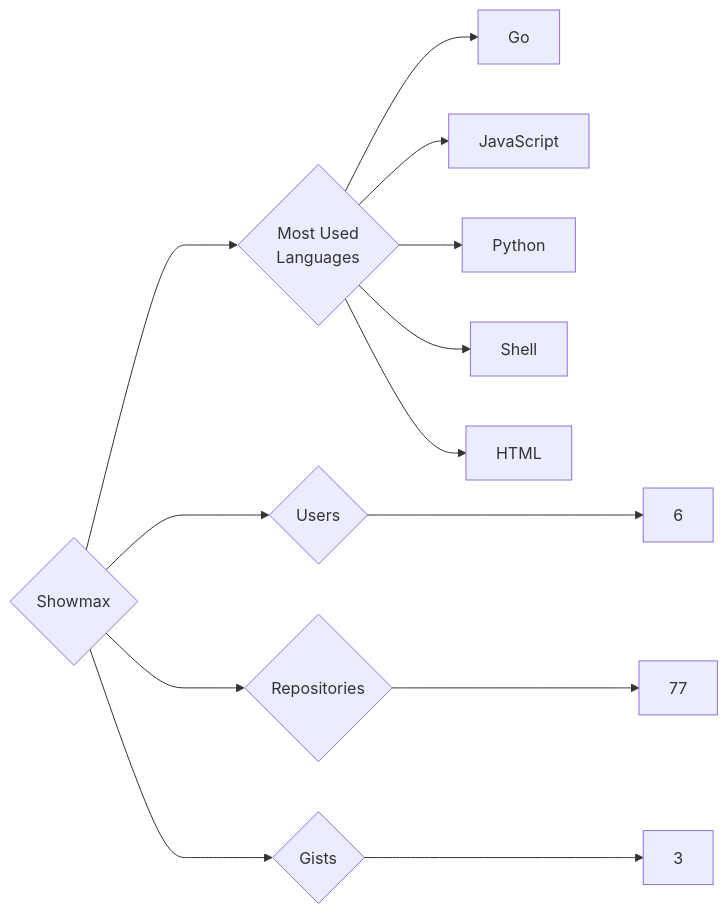
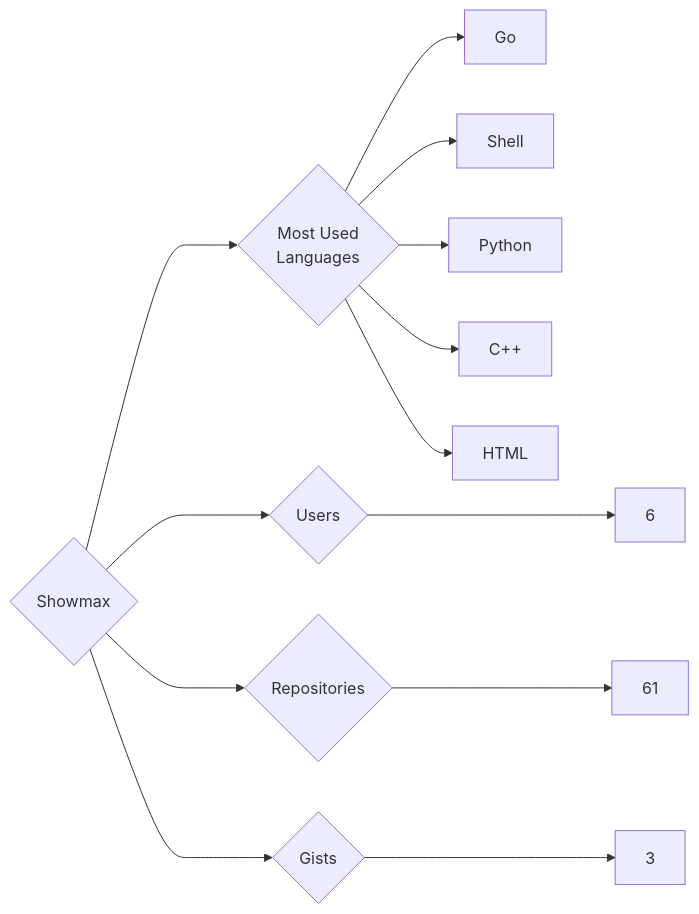
Before and after one commit to trickest/insiders: the diagram in targets/Showmax/README.md, drawn with Mermaid. The commit also changed 1479 other files, not shown here.

````diff
--- a/targets/Showmax/README.md
+++ b/targets/Showmax/README.md
@@ -3,13 +3,13 @@
 ```mermaid
 graph LR
 COMPANY_NAME{Showmax}
 COMPANY_NAME ---> U{Users} ---> UN[6]
-COMPANY_NAME ---> R{Repositories} ---> RN[77]
+COMPANY_NAME ---> R{Repositories} ---> RN[61]
 COMPANY_NAME ---> G{Gists} ---> GN[3]
 COMPANY_NAME ---> ML{Most Used<br>Languages}
 ML --> Go[Go]
-ML --> JavaScript[JavaScript]
+ML --> Shell[Shell]
 ML --> Python[Python]
-ML --> Shell[Shell]
+ML --> C++[C++]
 ML --> HTML[HTML]
 ```
````
